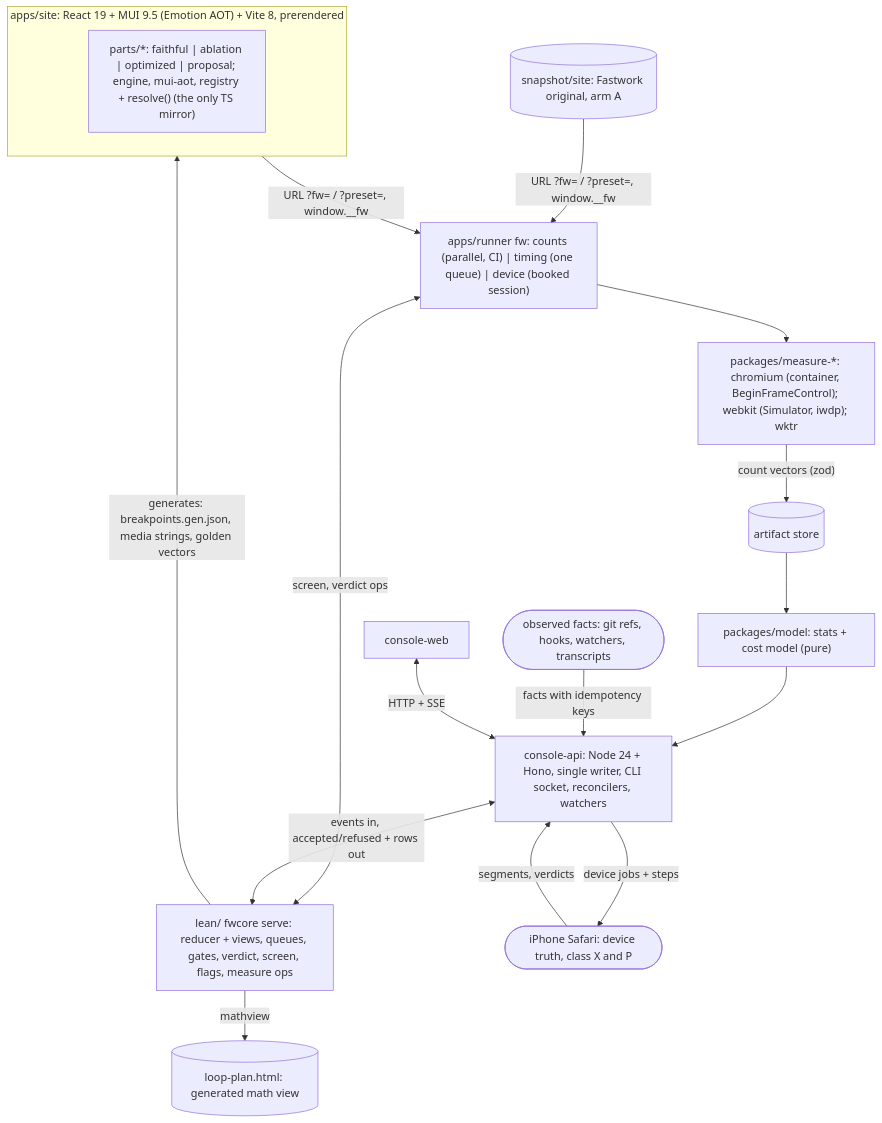
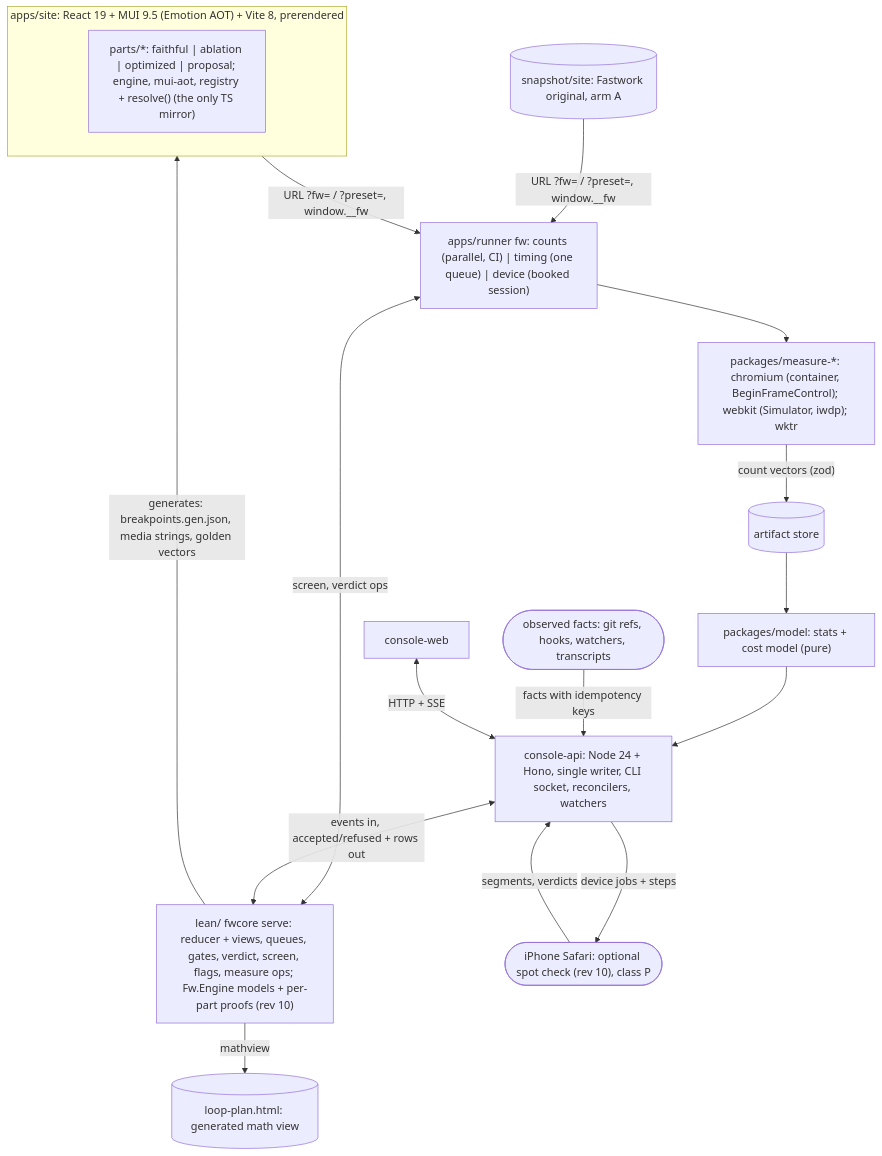
The diagram in docs/plan/PLAN.md (kitimark/lean-loop-engineer-the-fastwork-web-optimize), drawn with Mermaid before and after one commit. The commit also changed other lines of this file and 2 other files, not shown here.

First line of the commit message:
plan rev 10: the proof model (theorem pair per part under Fw.Engine models, both engines, all width bands; CI counts falsify; phone optional); 23 proof-wave tasks, experiments = proof ledger, bands-freeze cut, Q37 resolved

````diff
--- a/docs/plan/PLAN.md
+++ b/docs/plan/PLAN.md
@@ -251,25 +267,25 @@
 ```mermaid
 flowchart TB
   subgraph SITE["apps/site: React 19 + MUI 9.5 (Emotion AOT) + Vite 8, prerendered"]
     PARTS["parts/*: faithful | ablation | optimized | proposal; engine, mui-aot, registry + resolve() (the only TS mirror)"]
   end
   SNAP[("snapshot/site: Fastwork original, arm A")]
   LANES["apps/runner fw: counts (parallel, CI) | timing (one queue) | device (booked session)"]
   MEAS["packages/measure-*: chromium (container, BeginFrameControl); webkit (Simulator, iwdp); wktr"]
   AS[("artifact store")]
   CM["packages/model: stats + cost model (pure)"]
-  FW["lean/ fwcore serve: reducer + views, queues, gates, verdict, screen, flags, measure ops"]
+  FW["lean/ fwcore serve: reducer + views, queues, gates, verdict, screen, flags, measure ops; Fw.Engine models + per-part proofs (rev 10)"]
   API["console-api: Node 24 + Hono, single writer, CLI socket, reconcilers, watchers"]
   WEB["console-web"]
   OBS(["observed facts: git refs, hooks, watchers, transcripts"])
   MV[("loop-plan.html: generated math view")]
-  PHONE(["iPhone Safari: device truth, class X and P"])
+  PHONE(["iPhone Safari: optional spot check (rev 10), class P"])
 
   SITE & SNAP -- "URL ?fw= / ?preset=, window.__fw" --> LANES --> MEAS -- "count vectors (zod)" --> AS --> CM --> API
   LANES <-- "screen, verdict ops" --> FW
   API <-- "events in, accepted/refused + rows out" --> FW
   OBS -- "facts with idempotency keys" --> API
   FW -- "mathview" --> MV
   WEB <-- "HTTP + SSE" --> API -- "device jobs + steps" --> PHONE -- "segments, verdicts" --> API
   FW -- "generates: breakpoints.gen.json, media strings, golden vectors" --> SITE
 ```
````
